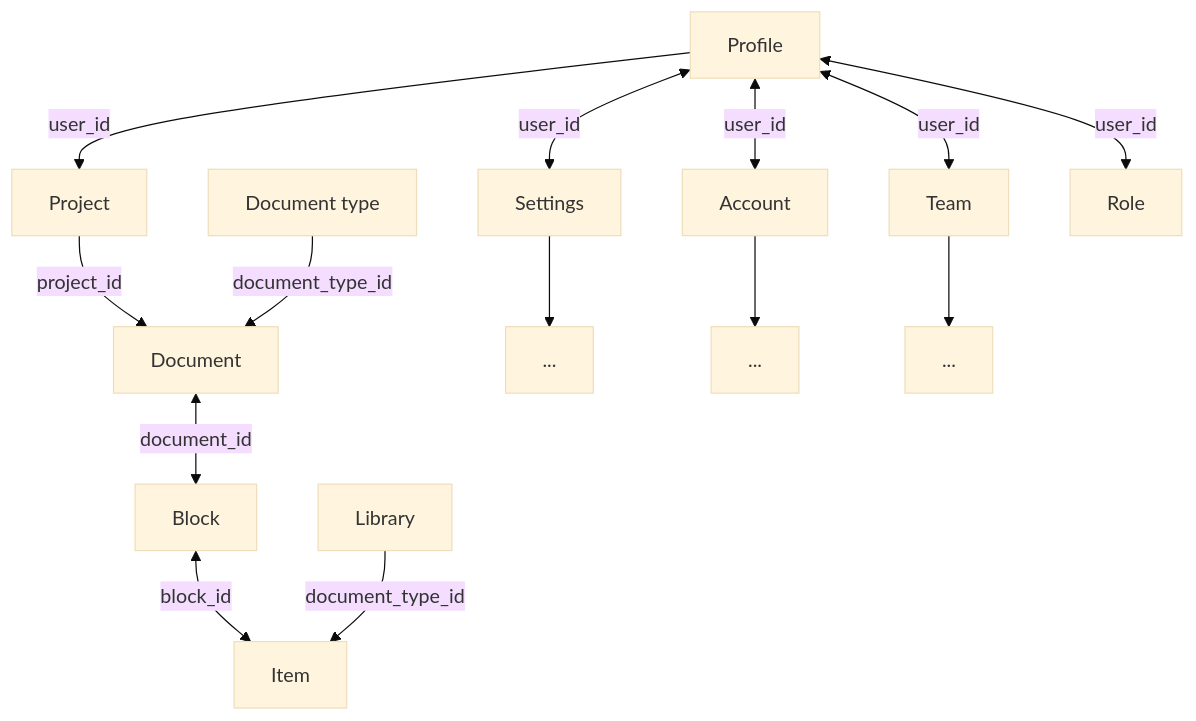
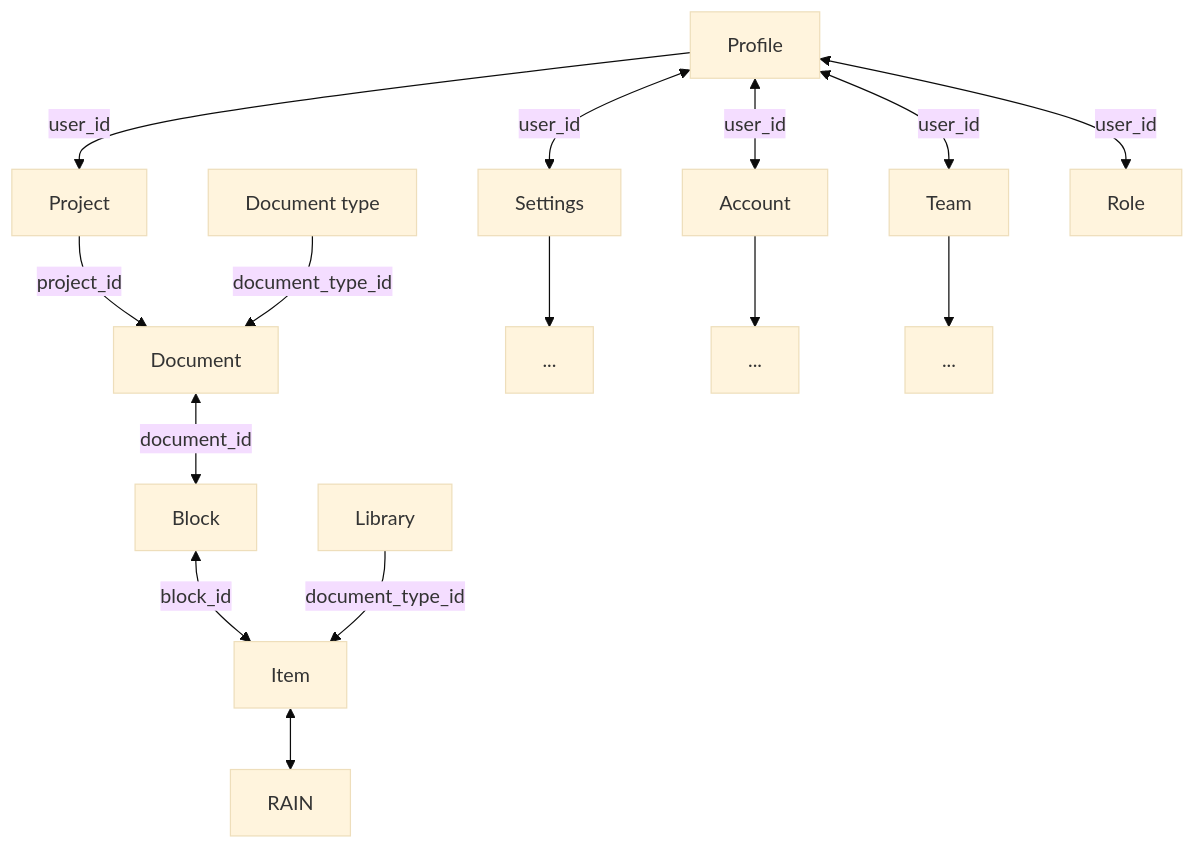
The diagram in draft.md (entools/tools.interface), drawn with Mermaid (base theme) before and after one commit.

````diff
--- a/draft.md
+++ b/draft.md
@@ -1,18 +1,19 @@
 ```mermaid
 flowchart
 USER-PROFILE[Profile] --> |user_id| USER-PROJECT[Project]
 USER-PROJECT --> |project_id| DOCUMENT[Document]
 DOCUMENT <--> |document_id| BLOCK[Block]
 BLOCK[Block] <--> |block_id| ITEM[Item]
+ITEM <--> RAIN
 LIBRARY[Library] --> |document_type_id| ITEM[Item]
 DOCUMENT-TYPE[Document type] --> |document_type_id| DOCUMENT
 
 USER-PROFILE[Profile] <--> |user_id| USER-SETTINGS[Settings]
 USER-PROFILE[Profile] <--> |user_id| USER-ACCOUNT[Account]
 USER-PROFILE[Profile] <--> |user_id| USER-TEAM[Team]
 USER-PROFILE[Profile] <--> |user_id| USER-ROLE[Role]
 
 USER-SETTINGS --> SETTINGS-DETAILS[...]
 USER-ACCOUNT --> ACCOUNT-DETAILS[...]
 USER-TEAM --> TEAM-DETAILS[...]
 ```
````
